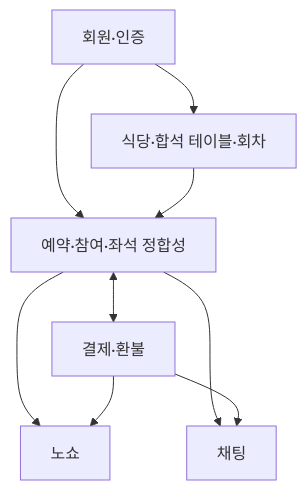
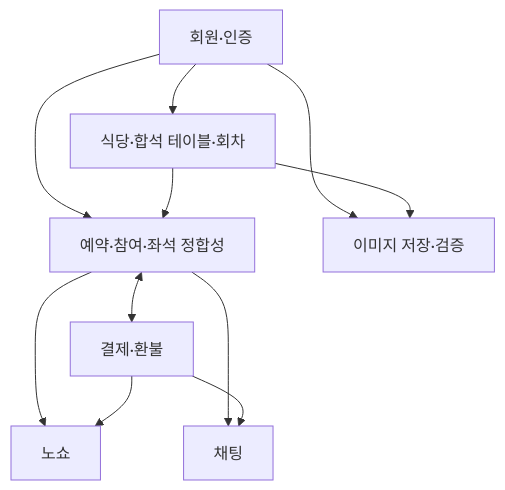
Before and after one commit to bobfull-project/bobfull-backend: the second of 3 diagrams in docs/ARCHITECTURE.md, drawn with Mermaid. The commit also changed other lines of this file and 49 other files, not shown here.

````diff
--- a/docs/ARCHITECTURE.md
+++ b/docs/ARCHITECTURE.md
@@ -40,18 +45,21 @@
 ```mermaid
 flowchart TB
     auth["회원·인증"]
     restaurant["식당·합석 테이블·회차"]
     reservation["예약·참여·좌석 정합성"]
     payment["결제·환불"]
+    image["이미지 저장·검증"]
     noshow["노쇼"]
     chat["채팅"]
 
     auth --> restaurant
+    auth --> image
     auth --> reservation
+    restaurant --> image
     restaurant --> reservation
     reservation <--> payment
     reservation --> noshow
     payment --> noshow
     reservation --> chat
     payment --> chat
 ```
````
